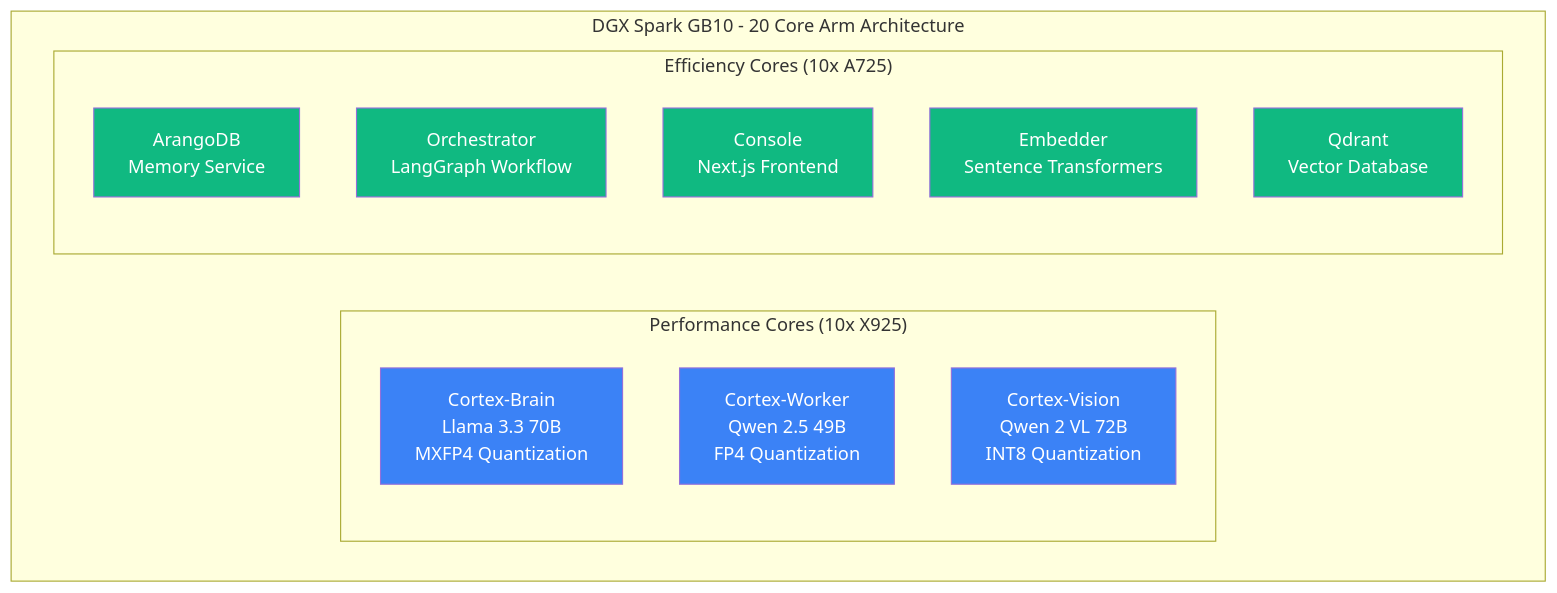
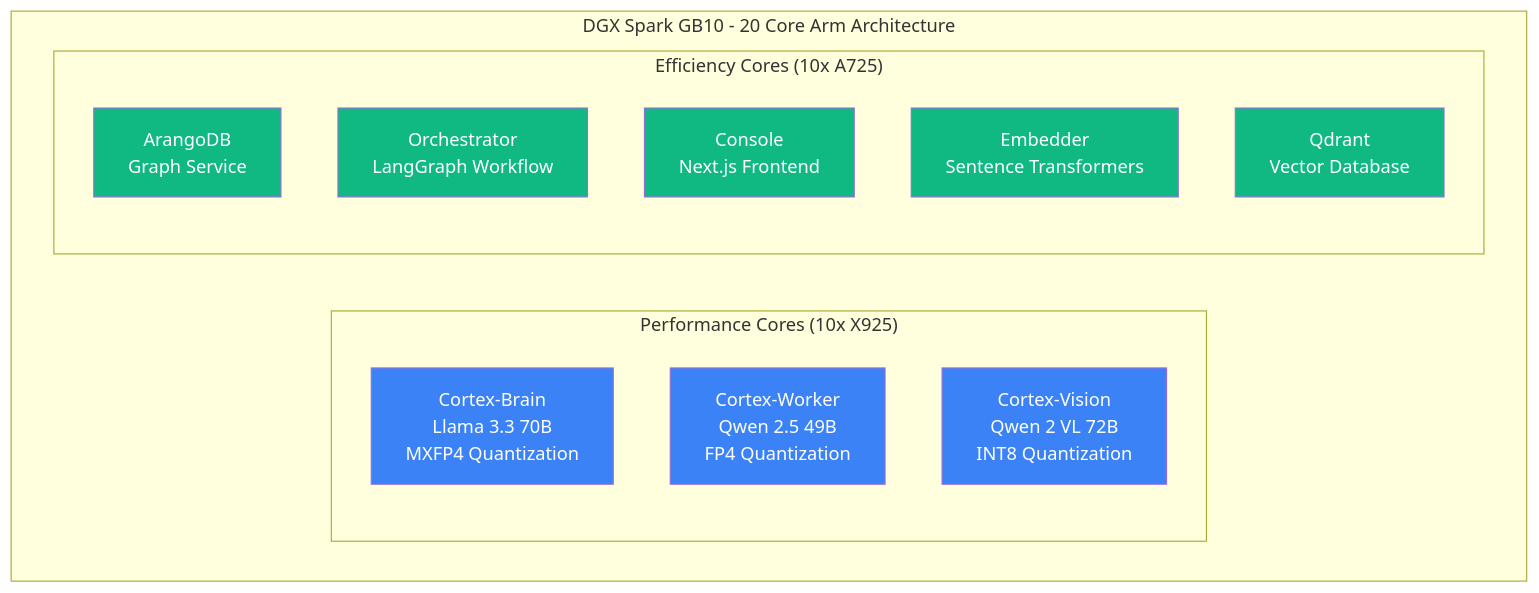
One commit to rakpan/project-vyasa changed the first of 2 diagrams in docs/README.md. Above: the diagram before and after it, drawn with Mermaid. The commit also changed other lines of this file and 42 other files, not shown here.

````diff
--- a/docs/README.md
+++ b/docs/README.md
@@ -43,27 +43,27 @@
 ```mermaid
 graph TB
     subgraph "DGX Spark GB10 - 20 Core Arm Architecture"
         subgraph "Performance Cores (10x X925)"
             P1["Cortex-Brain<br/>Llama 3.3 70B<br/>MXFP4 Quantization"]
             P2["Cortex-Worker<br/>Qwen 2.5 49B<br/>FP4 Quantization"]
             P3["Cortex-Vision<br/>Qwen 2 VL 72B<br/>INT8 Quantization"]
         end
         
         subgraph "Efficiency Cores (10x A725)"
-            E1["ArangoDB<br/>Memory Service"]
+            E1["ArangoDB<br/>Graph Service"]
             E2["Orchestrator<br/>LangGraph Workflow"]
             E3["Console<br/>Next.js Frontend"]
             E4["Embedder<br/>Sentence Transformers"]
             E5["Qdrant<br/>Vector Database"]
         end
     end
     
     style P1 fill:#3b82f6,color:#fff
     style P2 fill:#3b82f6,color:#fff
     style P3 fill:#3b82f6,color:#fff
     style E1 fill:#10b981,color:#fff
     style E2 fill:#10b981,color:#fff
     style E3 fill:#10b981,color:#fff
     style E4 fill:#10b981,color:#fff
     style E5 fill:#10b981,color:#fff
 ```
````
